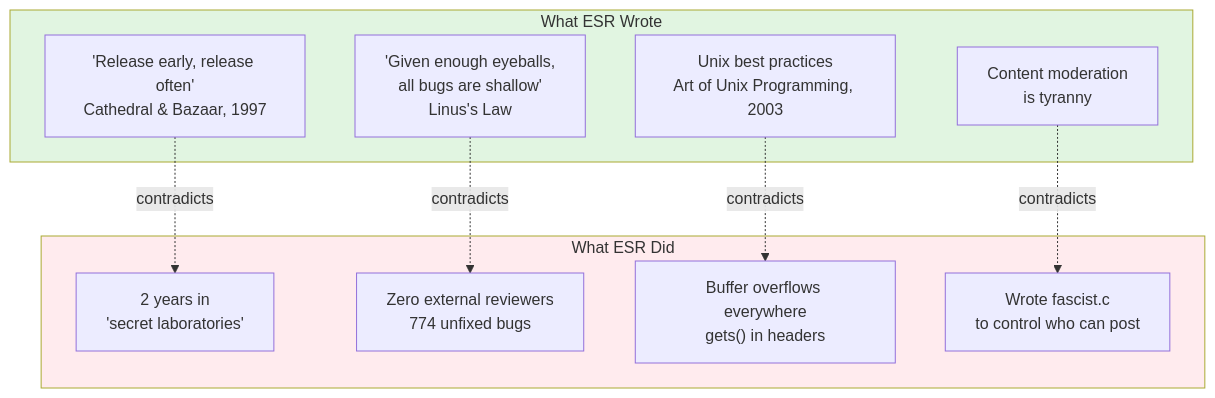
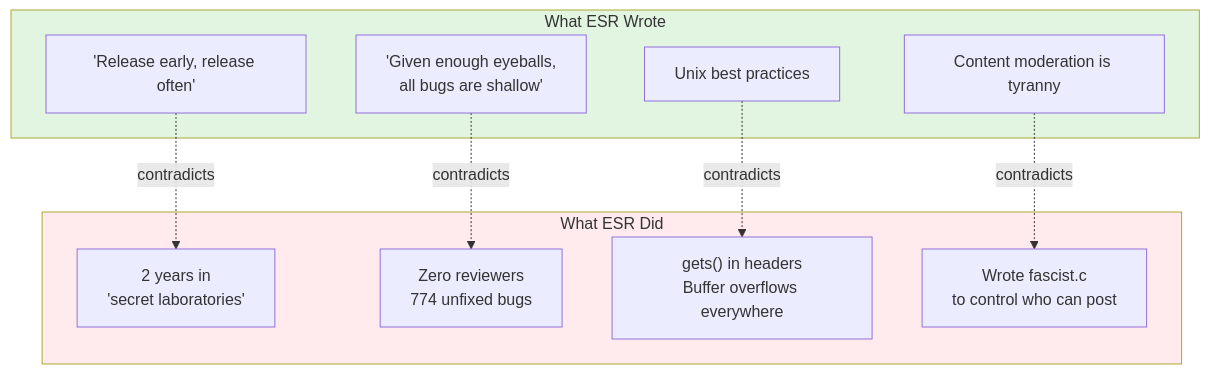
One commit to SimHacker/tmnn7-8 changed the first of 2 diagrams in README.md. Above: the diagram before and after it, drawn with Mermaid. The commit also changed other lines of this file, not shown here.

````diff
--- a/README.md
+++ b/README.md
@@ -302,24 +53,24 @@
 ```mermaid
 flowchart TB
     subgraph wrote["What ESR Wrote"]
-        catb["'Release early, release often'<br/>Cathedral & Bazaar, 1997"]
-        eyes["'Given enough eyeballs,<br/>all bugs are shallow'<br/>Linus's Law"]
-        unix["Unix best practices<br/>Art of Unix Programming, 2003"]
-        mod["Content moderation<br/>is tyranny"]
+        catb["'Release early, release often'"]
+        eyes["'Given enough eyeballs,<br/>all bugs are shallow'"]
+        unix["Unix best practices"]
+        mod["Content moderation is tyranny"]
     end
     
     subgraph did["What ESR Did"]
         secret["2 years in<br/>'secret laboratories'"]
-        zero["Zero external reviewers<br/>774 unfixed bugs"]
-        vuln["Buffer overflows everywhere<br/>gets() in headers"]
+        zero["Zero reviewers<br/>774 unfixed bugs"]
+        vuln["gets() in headers<br/>Buffer overflows everywhere"]
         fascist["Wrote fascist.c<br/>to control who can post"]
     end
     
     catb -.->|contradicts| secret
     eyes -.->|contradicts| zero
     unix -.->|contradicts| vuln
     mod -.->|contradicts| fascist
     
     style wrote fill:#e1f5e1
     style did fill:#ffebee
 ```
````
